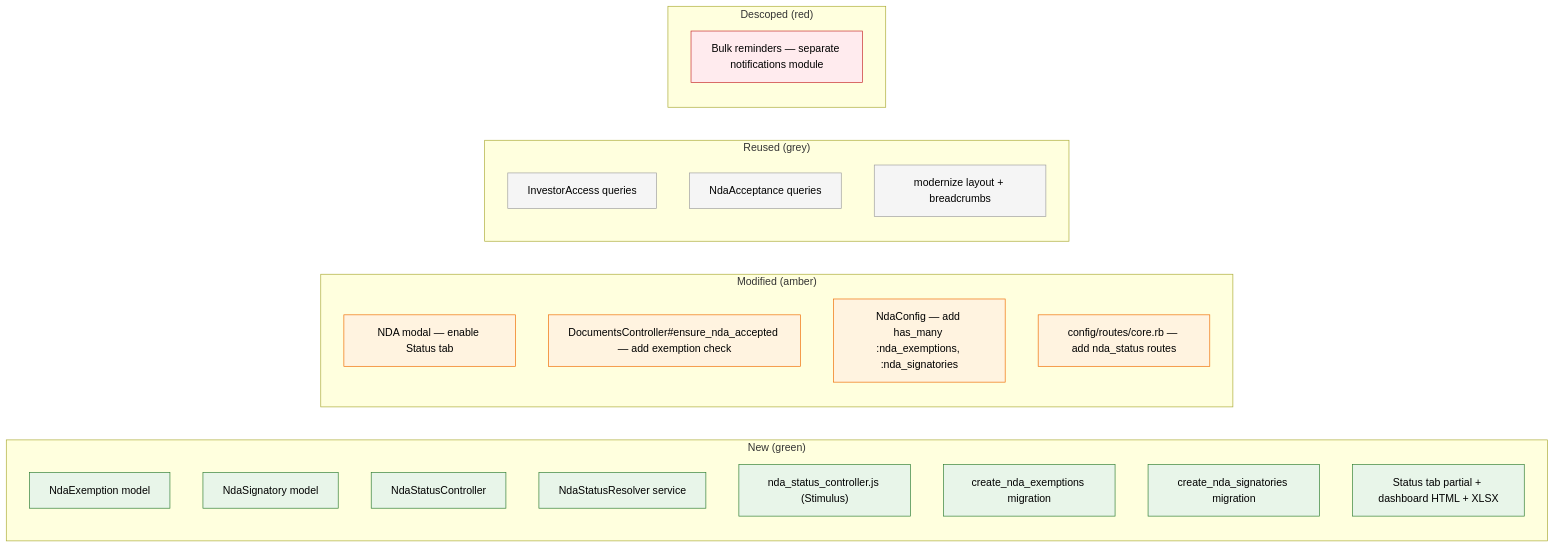
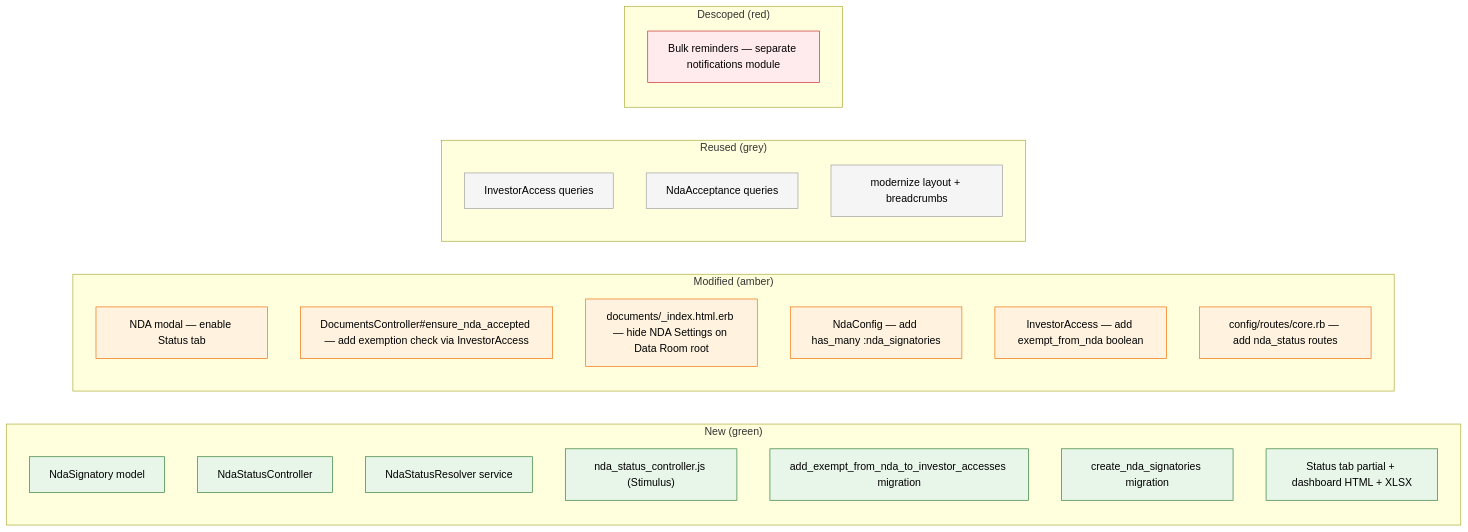
Before and after one commit to sampadadiwan/IRM_CompanyMain: the third of 9 diagrams in openspec/changes/nda-data-room-module-3-gp-dashboard/design.md, drawn with Mermaid. The commit also changed other lines of this file and 22 other files, not shown here.

First line of the commit message:
feat: Redesign exemption to stakeholder-level + hide NDA Settings on Data Room root

````diff
--- a/openspec/changes/nda-data-room-module-3-gp-dashboard/design.md
+++ b/openspec/changes/nda-data-room-module-3-gp-dashboard/design.md
@@ -160,39 +148,40 @@
 ```mermaid
 flowchart LR
     subgraph New["New (green)"]
-        NE["NdaExemption model"]
         NS["NdaSignatory model"]
         NSC["NdaStatusController"]
         NSR["NdaStatusResolver service"]
         STIM["nda_status_controller.js (Stimulus)"]
-        MIG1["create_nda_exemptions migration"]
+        MIG1["add_exempt_from_nda_to_investor_accesses migration"]
         MIG2["create_nda_signatories migration"]
         VIEWS["Status tab partial + dashboard HTML + XLSX"]
     end
 
     subgraph Modified["Modified (amber)"]
         MODAL["NDA modal — enable Status tab"]
-        GATE["DocumentsController#ensure_nda_accepted — add exemption check"]
-        NDACONF["NdaConfig — add has_many :nda_exemptions, :nda_signatories"]
+        GATE["DocumentsController#ensure_nda_accepted — add exemption check via InvestorAccess"]
+        DOCIDX["documents/_index.html.erb — hide NDA Settings on Data Room root"]
+        NDACONF["NdaConfig — add has_many :nda_signatories"]
+        IA_MODEL["InvestorAccess — add exempt_from_nda boolean"]
         ROUTES["config/routes/core.rb — add nda_status routes"]
     end
 
     subgraph Reused["Reused (grey)"]
         IA["InvestorAccess queries"]
         NA["NdaAcceptance queries"]
         LAYOUT["modernize layout + breadcrumbs"]
     end
 
     subgraph Descoped["Descoped (red)"]
         REM["Bulk reminders — separate notifications module"]
     end
 
     classDef green fill:#e8f5e9,stroke:#2e7d32,color:#000
     classDef amber fill:#fff3e0,stroke:#ef6c00,color:#000
     classDef grey fill:#f5f5f5,stroke:#9e9e9e,color:#000
     classDef red fill:#ffebee,stroke:#c62828,color:#000
-    class NE,NS,NSC,NSR,STIM,MIG1,MIG2,VIEWS green
-    class MODAL,GATE,NDACONF,ROUTES amber
+    class NS,NSC,NSR,STIM,MIG1,MIG2,VIEWS green
+    class MODAL,GATE,DOCIDX,NDACONF,IA_MODEL,ROUTES amber
     class IA,NA,LAYOUT grey
     class REM red
 ```
````
